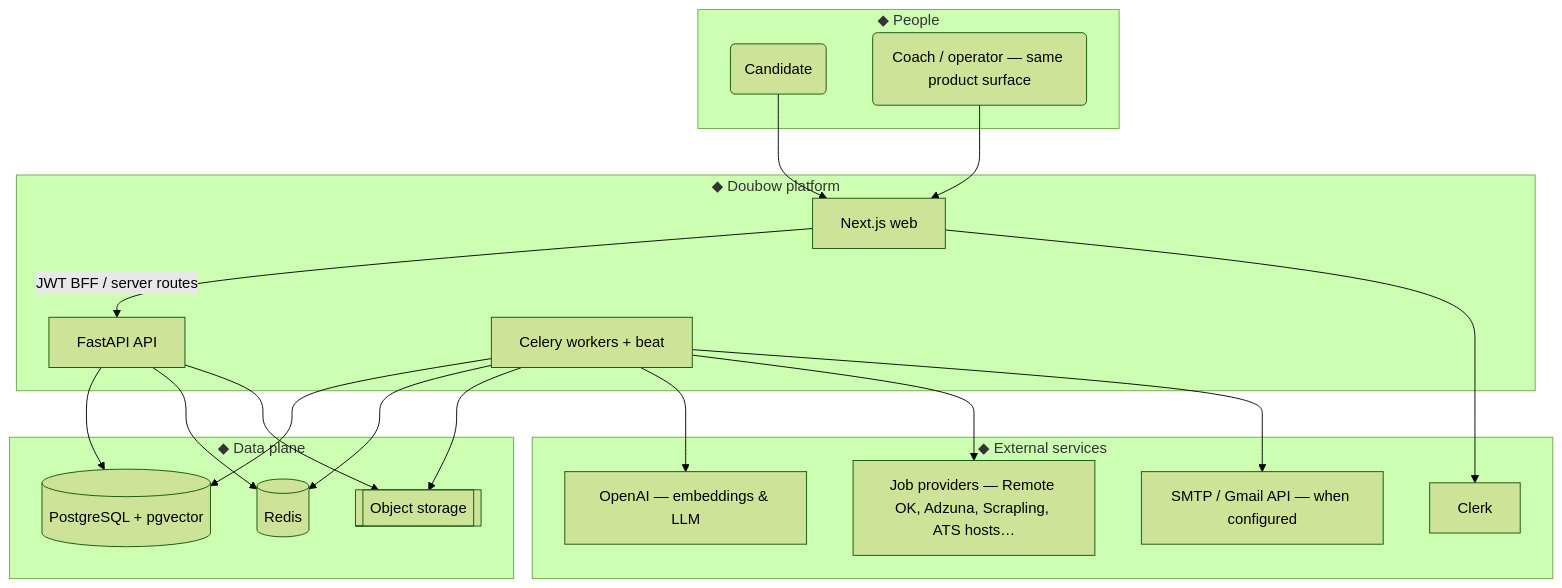
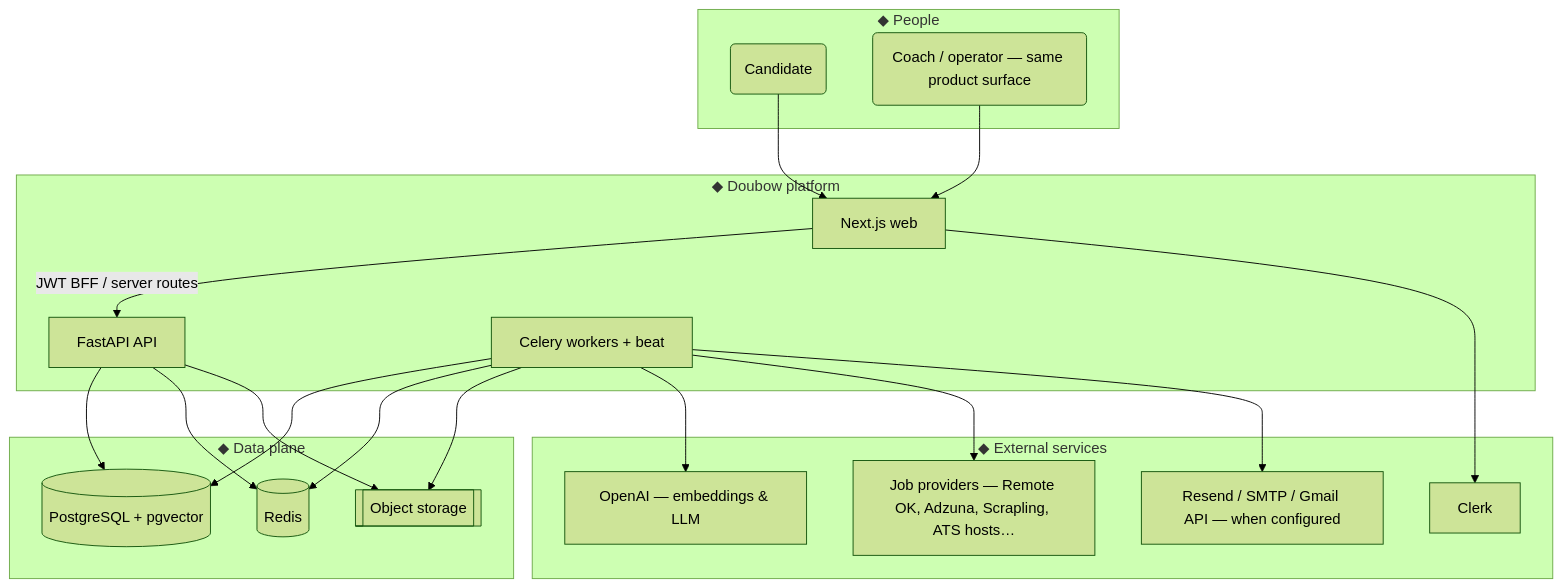
Before and after one commit to frank-asket/doubau: the first of 5 diagrams in README.md, drawn with Mermaid (forest theme). The commit also changed 5 other files, not shown here.

First line of the commit message:
feat(email): integrate Resend API for email dispatch alongside SMTP

````diff
--- a/README.md
+++ b/README.md
@@ -45,40 +45,40 @@
 ```mermaid
 flowchart TB
   subgraph Users["◆ People"]
     C(Candidate)
     CO(Coach / operator — same product surface)
   end
 
   subgraph Doubow["◆ Doubow platform"]
     W[Next.js web]
     A[FastAPI API]
     Q[Celery workers + beat]
   end
 
   subgraph Data["◆ Data plane"]
     PG[(PostgreSQL + pgvector)]
     RD[(Redis)]
     S3[[Object storage]]
   end
 
   subgraph External["◆ External services"]
     CL[Clerk]
     OAI[OpenAI — embeddings & LLM]
     JB[Job providers — Remote OK, Adzuna, Scrapling, ATS hosts…]
-    SM[SMTP / Gmail API — when configured]
+    SM[Resend / SMTP / Gmail API — when configured]
   end
 
   C --> W
   CO --> W
   W -->|JWT BFF / server routes| A
   W --> CL
   A --> PG
   A --> RD
   A --> S3
   Q --> PG
   Q --> RD
   Q --> S3
   Q --> OAI
   Q --> JB
   Q --> SM
 ```
````
